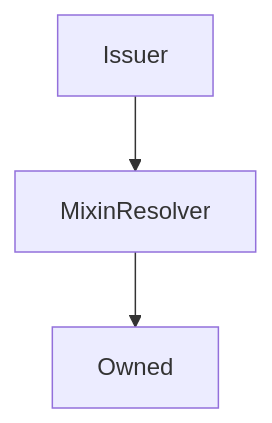
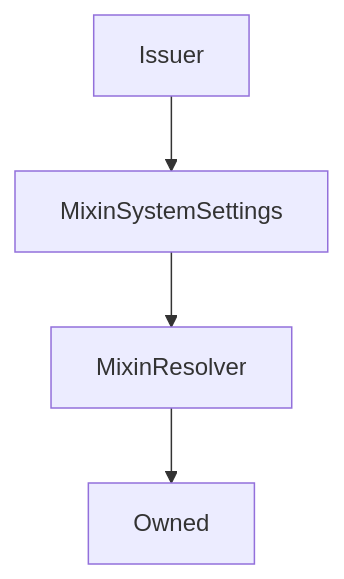
One commit to Synthetixio/synthetix-docs changed the diagram in content/contracts/source/contracts/Issuer.md. Above: the diagram before and after it, drawn with Mermaid. The commit also changed other lines of this file and 81 other files, not shown here.

````diff
--- a/content/contracts/source/contracts/Issuer.md
+++ b/content/contracts/source/contracts/Issuer.md
@@ -18,6 +18,7 @@
 ```mermaid
 graph TD
-    Issuer[Issuer] --> MixinResolver[MixinResolver]
+    Issuer[Issuer] --> MixinSystemSettings[MixinSystemSettings]
+    MixinSystemSettings[MixinSystemSettings] --> MixinResolver[MixinResolver]
     MixinResolver[MixinResolver] --> Owned[Owned]
 
 ```
````
